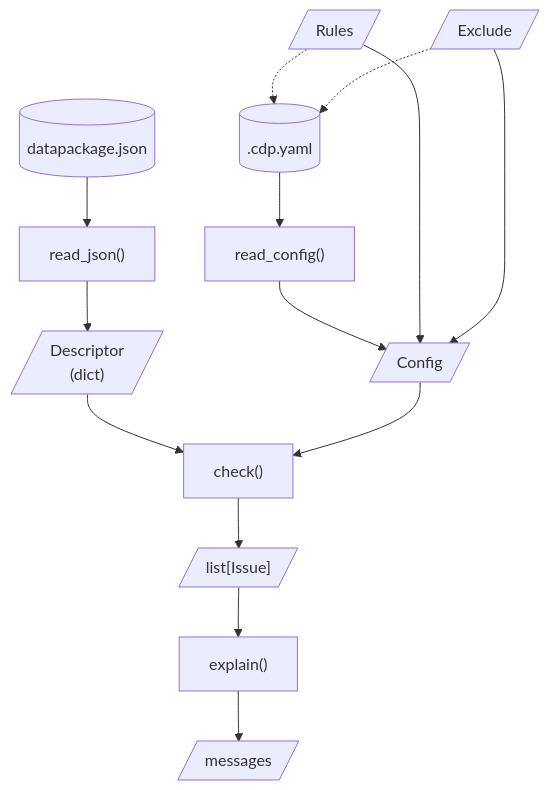
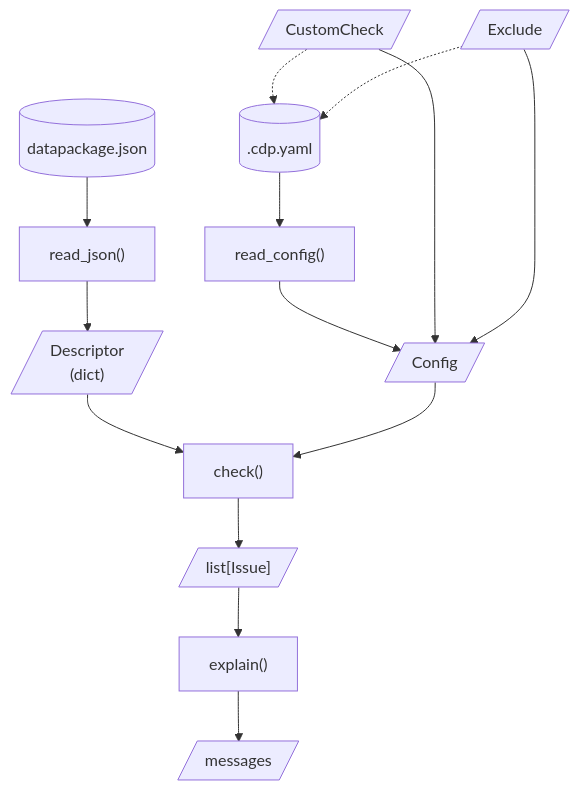
The diagram in docs/design/interface.qmd (seedcase-project/check-datapackage), drawn with Mermaid before and after one commit. The commit also changed other lines of this file and 10 other files, not shown here.

First line of the commit message:
refactor: 🚚 `Rule` to `CustomCheck` (#133)

````diff
--- a/docs/design/interface.qmd
+++ b/docs/design/interface.qmd
@@ -153,28 +153,28 @@
 ```{mermaid}
 %%| label: fig-interface-flow
 %%| fig-cap: "Flow of functions and classes when using `check-datapackage`."
 %%| fig-alt: "A flowchart showing the flow of using `check-datapackage`, starting with reading the datapackage.json and .cdp.yaml files, then checking the descriptor with the config, and finally explaining any issues found."
 flowchart TD
     descriptor_file[(datapackage.json)]
     read_json["read_json()"]
     descriptor[/"Descriptor<br>(dict)"/]
 
     config_file[(.cdp.yaml)]
     read_config["read_config()"]
 
     config[/Config/]
-    rules[/Rules/]
+    custom_check[/CustomCheck/]
     exclude[/Exclude/]
     check["check()"]
     issues[/"list[Issue]"/]
 
     explain["explain()"]
     messages[/messages/]
 
     descriptor_file --> read_json --> descriptor
     config_file --> read_config --> config
-    rules & exclude --> config
-    rules & exclude -.-> config_file
+    custom_check & exclude --> config
+    custom_check & exclude -.-> config_file
 
     descriptor & config --> check --> issues --> explain --> messages
 ```
````
